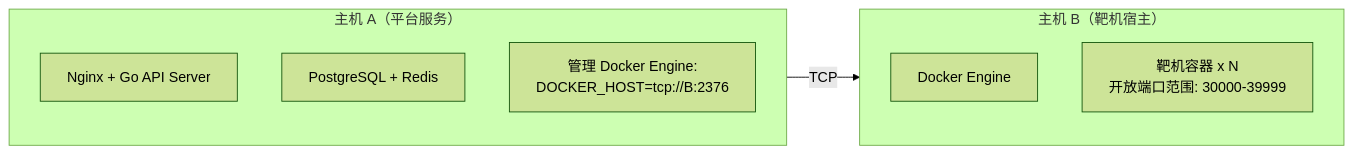
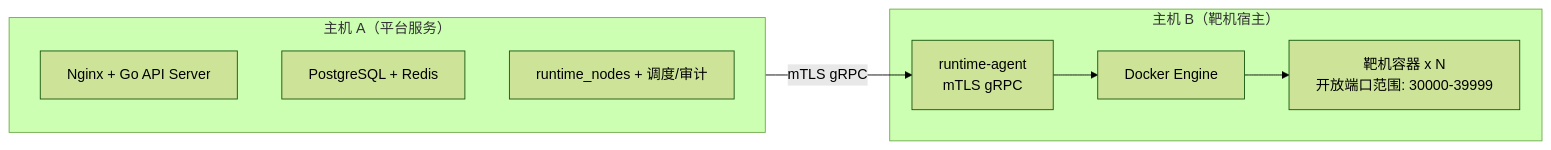
The seventh of 8 diagrams in docs/architecture/backend/01-system-architecture.md (architectcgz/ctf), drawn with Mermaid (forest theme) before and after one commit. The commit also changed other lines of this file and 76 other files, not shown here.

First line of the commit message:
feat(runtime): 拆分 API 控制面与 runtime-agent 执行面

````diff
--- a/docs/architecture/backend/01-system-architecture.md
+++ b/docs/architecture/backend/01-system-architecture.md
@@ -655,15 +655,18 @@
 ```mermaid
 flowchart LR
     subgraph HostA["主机 A（平台服务）"]
         NginxA["Nginx + Go API Server"]
         DBA["PostgreSQL + Redis"]
-        DockerCfg["管理 Docker Engine:\nDOCKER_HOST=tcp://B:2376"]
+        Control["runtime_nodes + 调度/审计"]
     end
 
     subgraph HostB["主机 B（靶机宿主）"]
+        AgentB["runtime-agent\nmTLS gRPC"]
         DockerB["Docker Engine"]
         TargetsB["靶机容器 x N\n开放端口范围: 30000-39999"]
     end
 
-    HostA -->|"TCP"| HostB
+    HostA -->|"mTLS gRPC"| AgentB
+    AgentB --> DockerB
+    DockerB --> TargetsB
 ```
````
